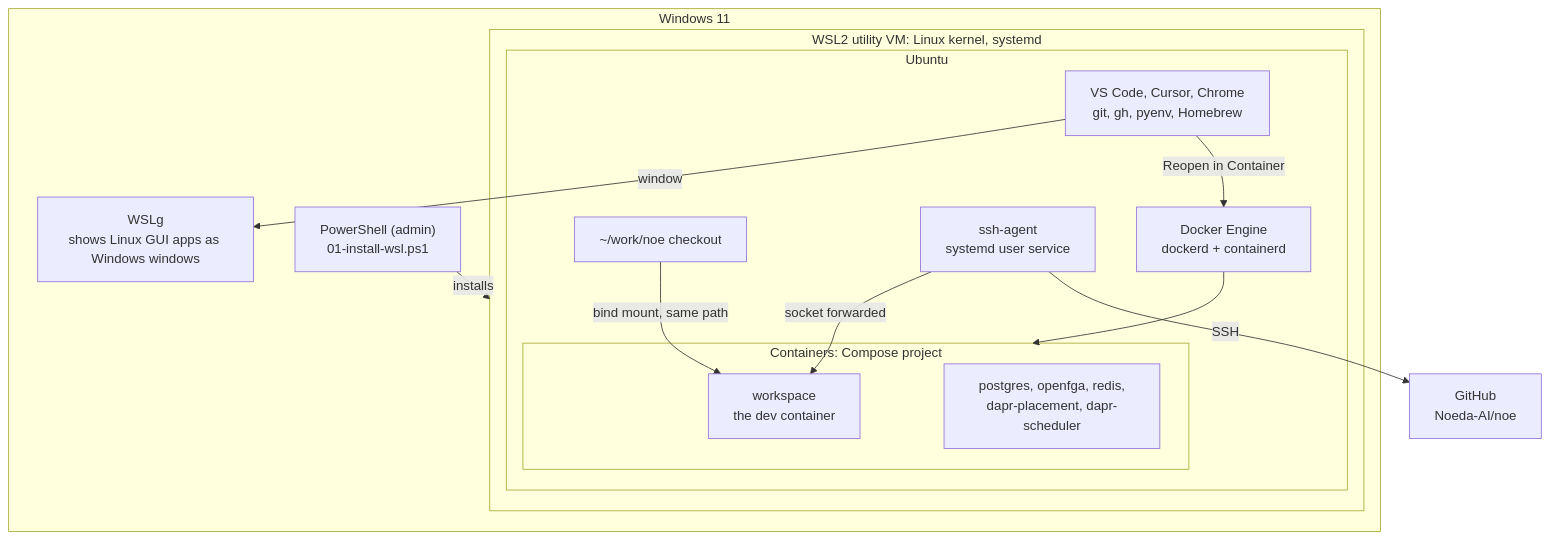
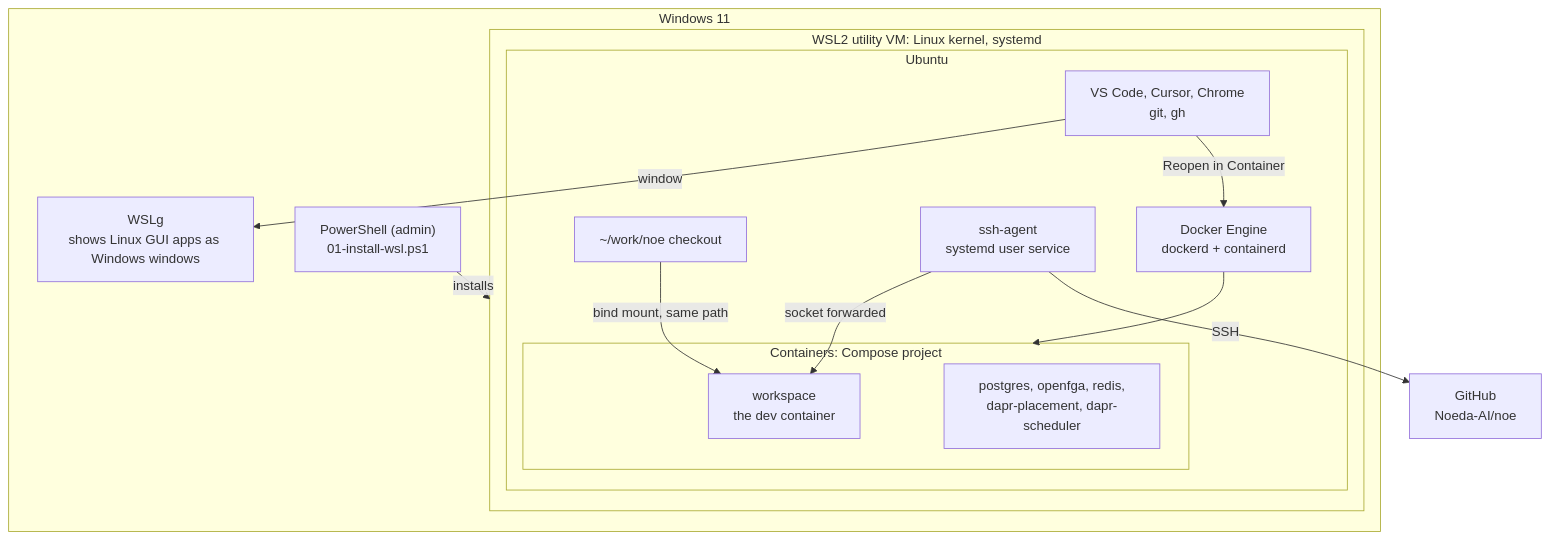
Before and after one commit to mel-noeda/noeda-setup: the diagram in docs/architecture.md, drawn with Mermaid. The commit also changed other lines of this file and 4 other files, not shown here.

Commit message:
remove homebrew from install and document that Pyenv etc. needs to be installed in the new environment

````diff
--- a/docs/architecture.md
+++ b/docs/architecture.md
@@ -26,31 +26,31 @@
 ```mermaid
 flowchart TB
   GH["GitHub<br/>Noeda-AI/noe"]
 
   subgraph Win["Windows 11"]
     PS["PowerShell (admin)<br/>01-install-wsl.ps1"]
     WSLg["WSLg<br/>shows Linux GUI apps as Windows windows"]
 
     subgraph VM["WSL2 utility VM: Linux kernel, systemd"]
       subgraph Ubu["Ubuntu"]
-        Apps["VS Code, Cursor, Chrome<br/>git, gh, pyenv, Homebrew"]
+        Apps["VS Code, Cursor, Chrome<br/>git, gh"]
         Src["~/work/noe checkout"]
         Agent["ssh-agent<br/>systemd user service"]
         Dockerd["Docker Engine<br/>dockerd + containerd"]
 
         subgraph Ctr["Containers: Compose project"]
           WS["workspace<br/>the dev container"]
           Infra["postgres, openfga, redis,<br/>dapr-placement, dapr-scheduler"]
         end
       end
     end
   end
 
   PS -->|"installs"| VM
   Apps -->|"window"| WSLg
   Apps -->|"Reopen in Container"| Dockerd
   Dockerd --> Ctr
   Src -->|"bind mount, same path"| WS
   Agent -->|"socket forwarded"| WS
   Agent -->|"SSH"| GH
 ```
````
